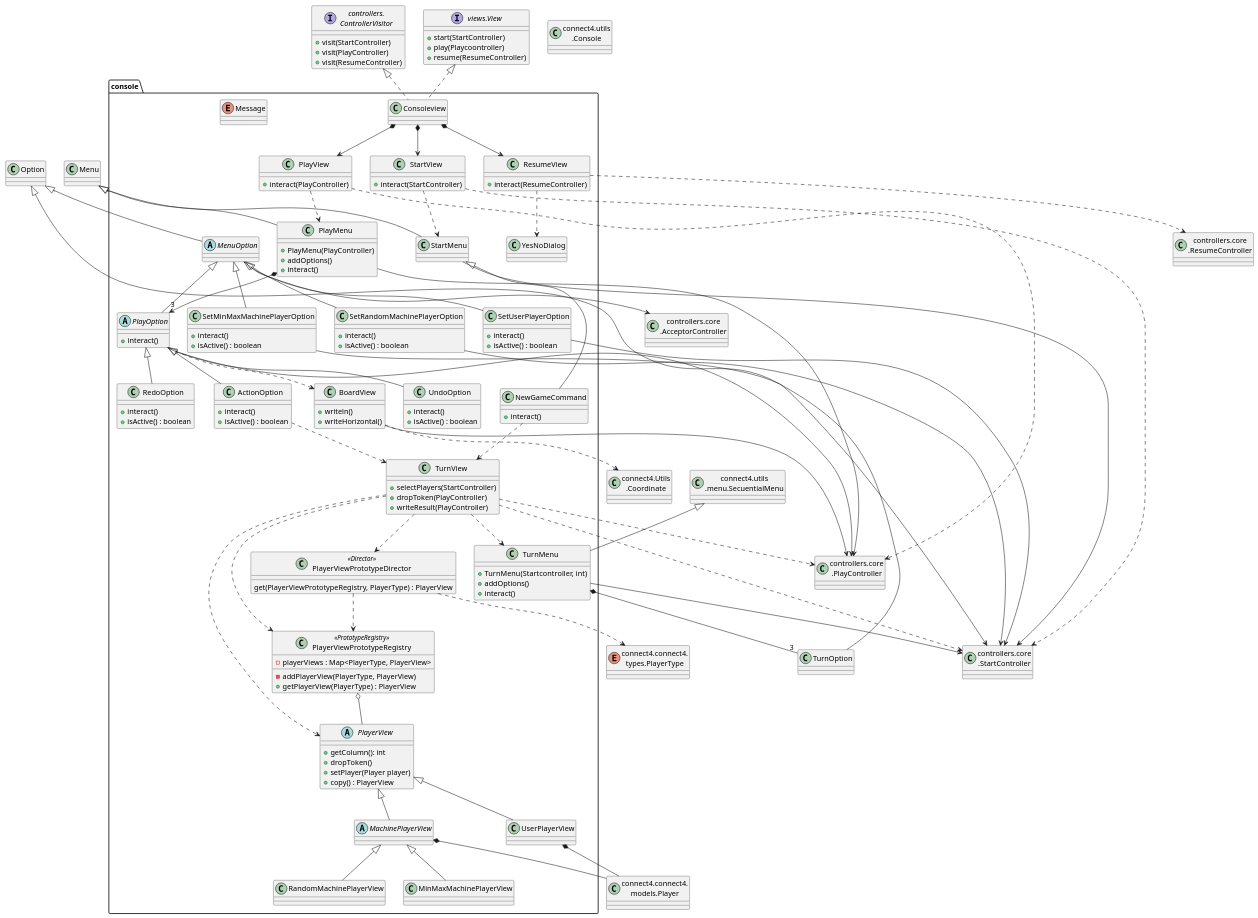
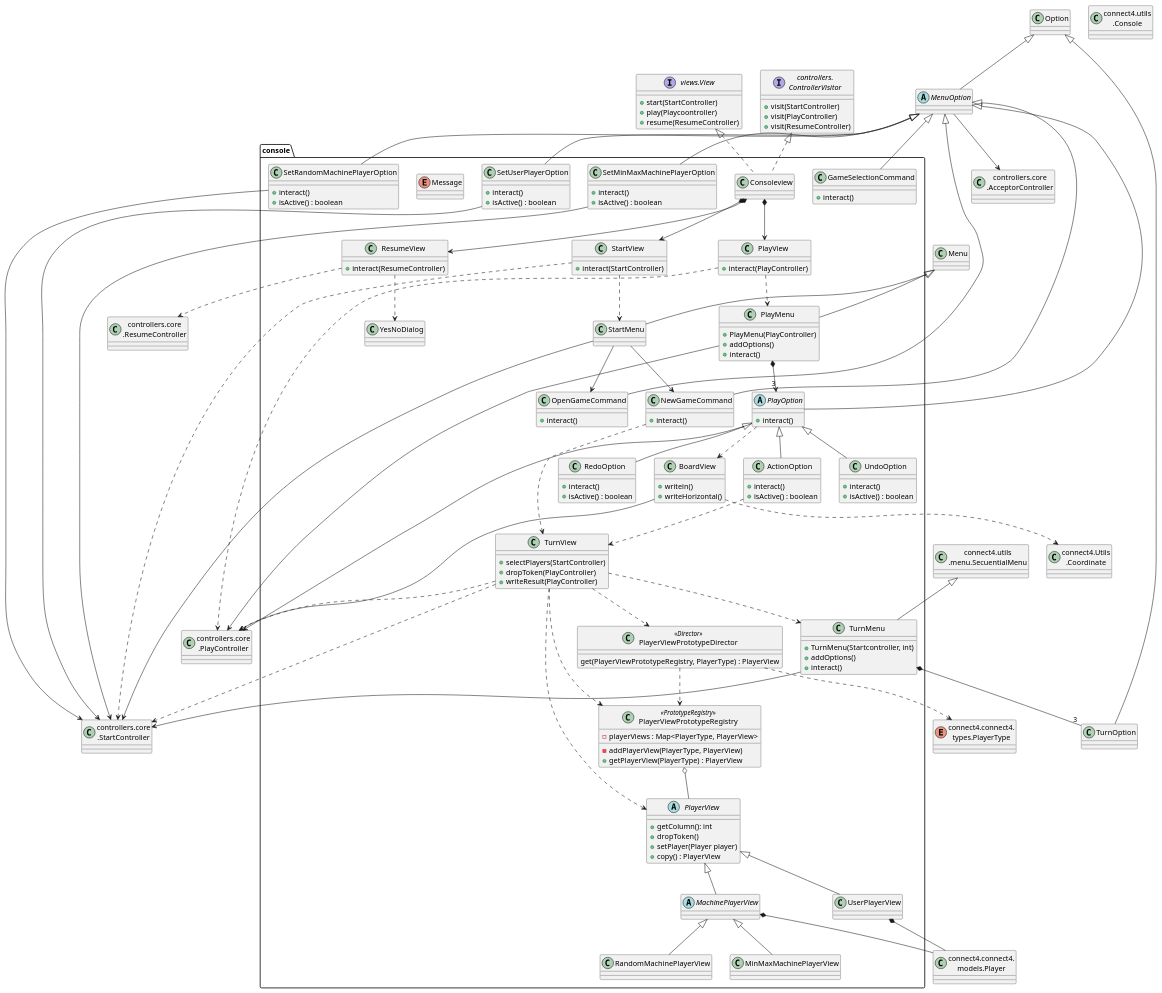
The diagram in connect4/Docs/diagrams/src/packages/connect4.connect4.views.console.plantuml (js-rom/connect4), drawn with PlantUML before and after one commit. The commit also changed 12 other files, not shown here.

Commit message:
feat: add GameSelectionMenu #8

```diff
--- a/connect4/Docs/diagrams/src/packages/connect4.connect4.views.console.plantuml
+++ b/connect4/Docs/diagrams/src/packages/connect4.connect4.views.console.plantuml
@@ -111,7 +111,7 @@
     +isActive() : boolean
 }
 
-abstract class console.MenuOption {
+abstract class MenuOption {
 }
 
 class console.StartMenu {
@@ -121,10 +121,23 @@
     +interact()
 }
 
+class console.OpenGameCommand {
+    +interact()
+}
+
+class console.GameSelectionCommand {
+    +interact()
+}
+
+
 Menu <|-- StartMenu
-StartMenu <|-- NewGameCommand
+StartMenu --> NewGameCommand
+StartMenu --> OpenGameCommand
 StartMenu --> StartController
 NewGameCommand ..> TurnView
+MenuOption <|-- NewGameCommand
+MenuOption <|-- OpenGameCommand
+MenuOption <|-- GameSelectionCommand
 
 Option <|-- MenuOption
 MenuOption <|-- PlayOption
```
